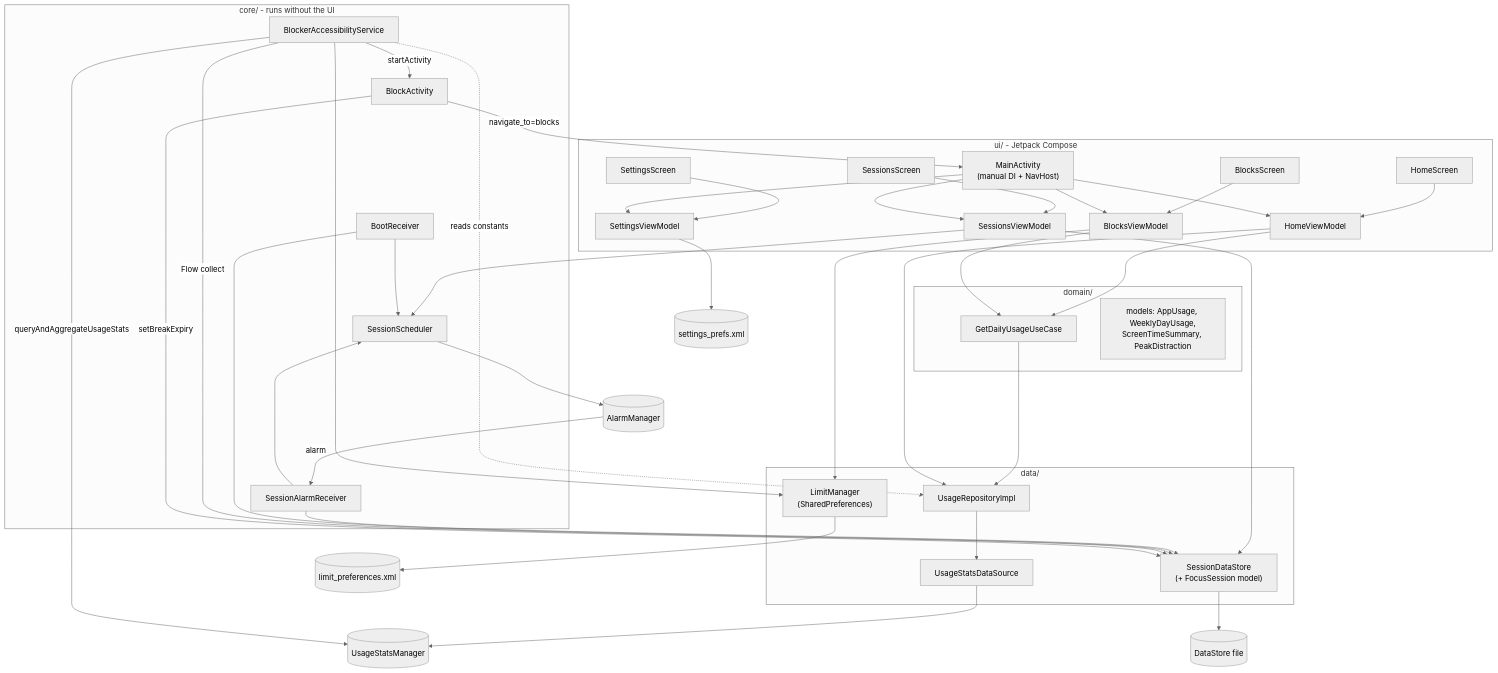
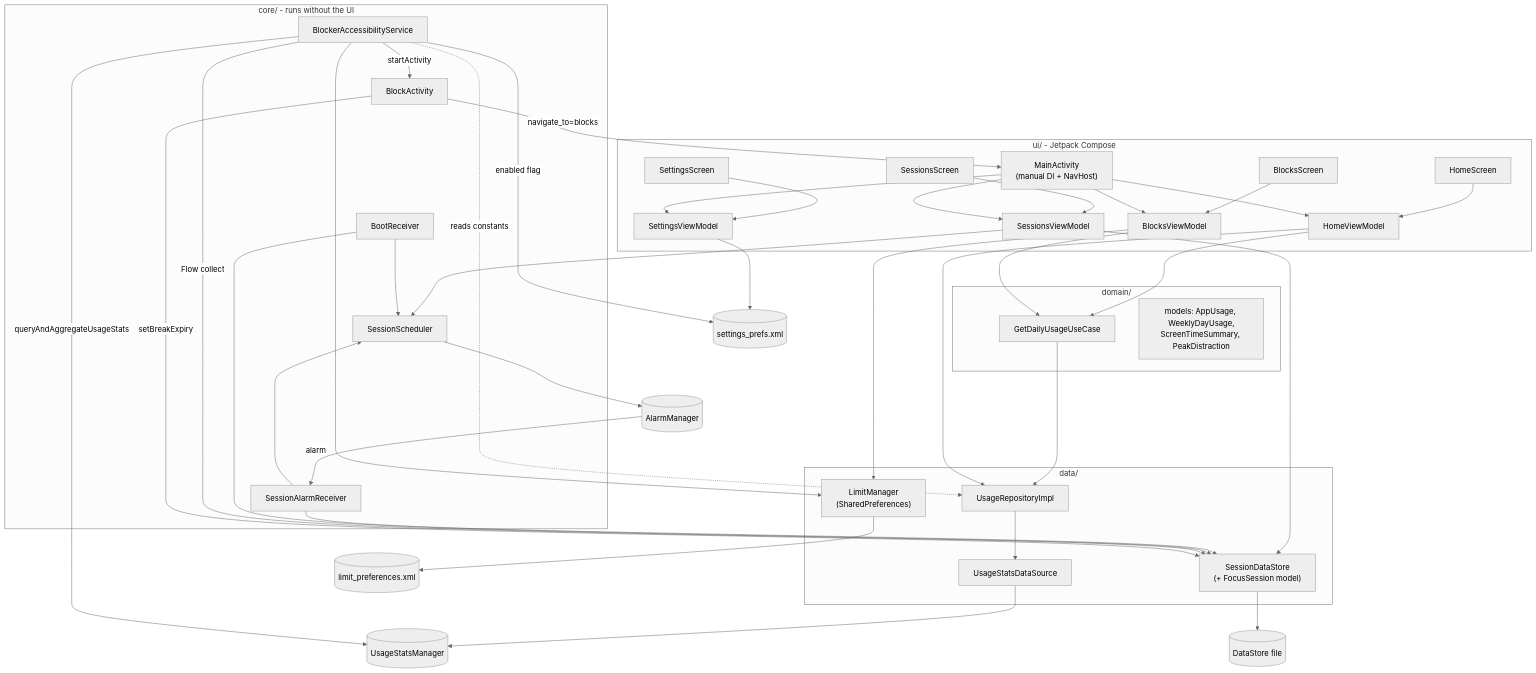
One commit to meyappan-r/FocusGuard changed the first of 5 diagrams in docs/ARCHITECTURE.md. Above: the diagram before and after it, drawn with Mermaid (neutral theme). The commit also changed other lines of this file and 5 other files, not shown here.

````diff
--- a/docs/ARCHITECTURE.md
+++ b/docs/ARCHITECTURE.md
@@ -30,55 +30,56 @@
 ```mermaid
 flowchart TB
     subgraph UI["ui/ - Jetpack Compose"]
         MA["MainActivity<br/>(manual DI + NavHost)"]
         HS[HomeScreen] --> HVM[HomeViewModel]
         BS[BlocksScreen] --> BVM[BlocksViewModel]
         SS[SessionsScreen] --> SVM[SessionsViewModel]
         ST[SettingsScreen] --> STVM[SettingsViewModel]
     end
     subgraph DOMAIN["domain/"]
         UC[GetDailyUsageUseCase]
         M["models: AppUsage, WeeklyDayUsage,<br/>ScreenTimeSummary, PeakDistraction"]
     end
     subgraph DATA["data/"]
         REPO[UsageRepositoryImpl]
         DS[UsageStatsDataSource]
         SDS["SessionDataStore<br/>(+ FocusSession model)"]
         LM["LimitManager<br/>(SharedPreferences)"]
     end
     subgraph CORE["core/ - runs without the UI"]
         SVC[BlockerAccessibilityService]
         BA[BlockActivity]
         SCH[SessionScheduler]
         AR[SessionAlarmReceiver]
         BR[BootReceiver]
     end
     SYS1[("UsageStatsManager")]
     SYS2[("AlarmManager")]
     SYS3[("DataStore file")]
     SYS4[("limit_preferences.xml")]
     SYS5[("settings_prefs.xml")]
 
     MA --> HVM & BVM & SVM & STVM
     HVM --> UC --> REPO
     HVM --> REPO
     BVM --> UC
     BVM --> LM
     REPO --> DS --> SYS1
     SVM --> SDS --> SYS3
     SVM --> SCH --> SYS2
     STVM --> SYS5
+    SVC -- "enabled flag" --> SYS5
     LM --> SYS4
 
     SYS2 -- "alarm" --> AR --> SDS
     AR --> SCH
     BR --> SDS
     BR --> SCH
     SVC -- "Flow collect" --> SDS
     SVC --> LM
     SVC -- "queryAndAggregateUsageStats" --> SYS1
     SVC -- "startActivity" --> BA
     SVC -. "reads constants" .-> REPO
     BA -- "setBreakExpiry" --> SDS
     BA -- "navigate_to=blocks" --> MA
 ```
````
